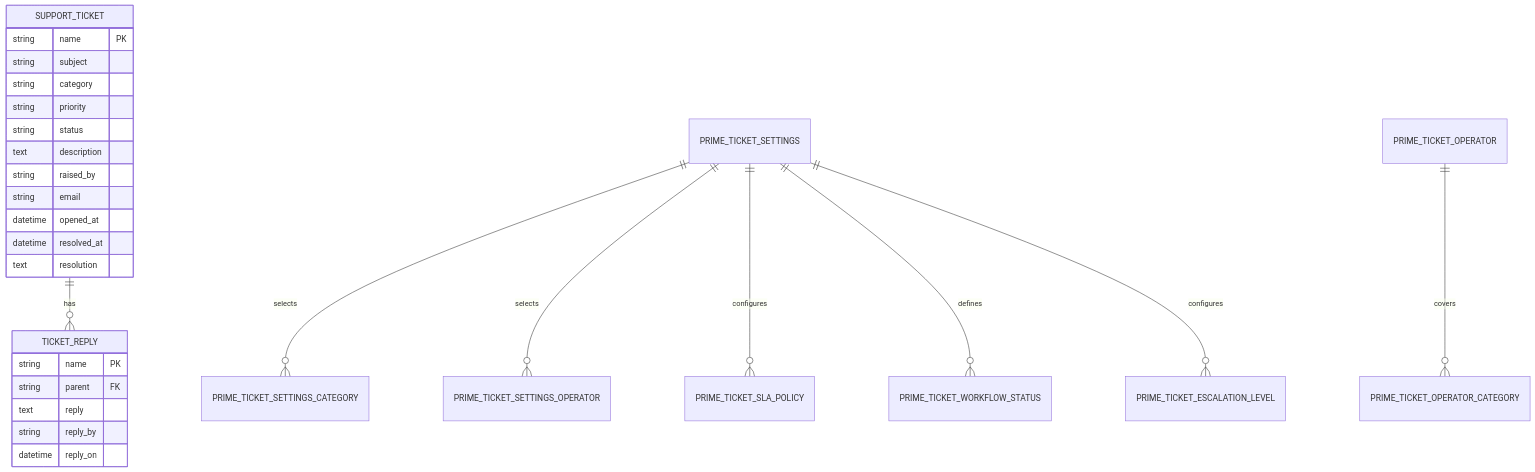
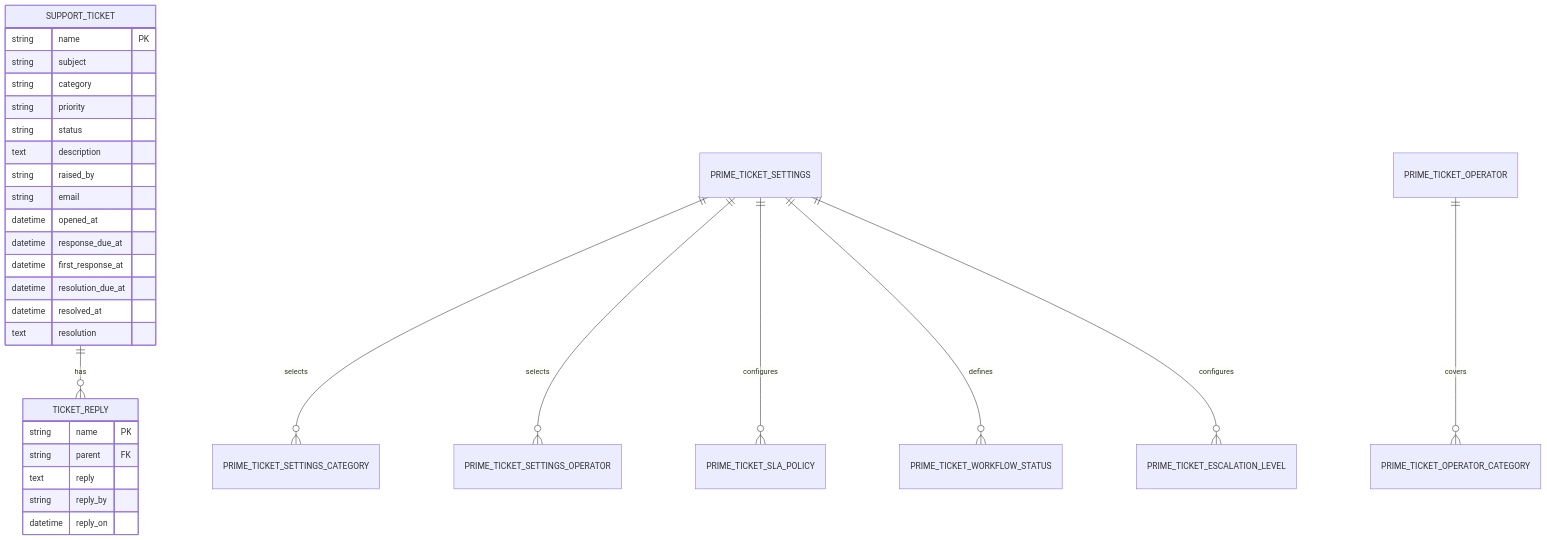
One commit to Steeif/prime_ticket changed the second of 3 diagrams in README.md. Above: the diagram before and after it, drawn with Mermaid. The commit also changed other lines of this file, not shown here.

````diff
--- a/README.md
+++ b/README.md
@@ -51,32 +51,35 @@
 ```mermaid
 erDiagram
     SUPPORT_TICKET ||--o{ TICKET_REPLY : has
     PRIME_TICKET_SETTINGS ||--o{ PRIME_TICKET_SETTINGS_CATEGORY : selects
     PRIME_TICKET_SETTINGS ||--o{ PRIME_TICKET_SETTINGS_OPERATOR : selects
     PRIME_TICKET_SETTINGS ||--o{ PRIME_TICKET_SLA_POLICY : configures
     PRIME_TICKET_SETTINGS ||--o{ PRIME_TICKET_WORKFLOW_STATUS : defines
     PRIME_TICKET_SETTINGS ||--o{ PRIME_TICKET_ESCALATION_LEVEL : configures
     PRIME_TICKET_OPERATOR ||--o{ PRIME_TICKET_OPERATOR_CATEGORY : covers
 
     SUPPORT_TICKET {
         string name PK
         string subject
         string category
         string priority
         string status
         text description
         string raised_by
         string email
         datetime opened_at
+        datetime response_due_at
+        datetime first_response_at
+        datetime resolution_due_at
         datetime resolved_at
         text resolution
     }
 
     TICKET_REPLY {
         string name PK
         string parent FK
         text reply
         string reply_by
         datetime reply_on
     }
 ```
````
